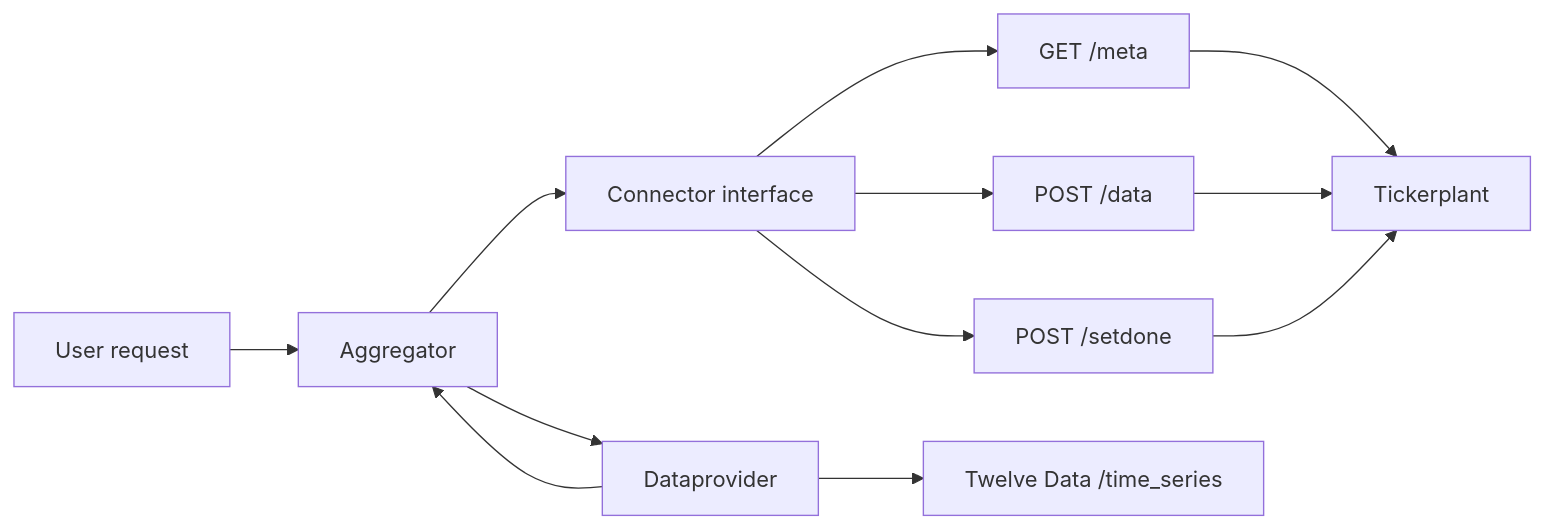
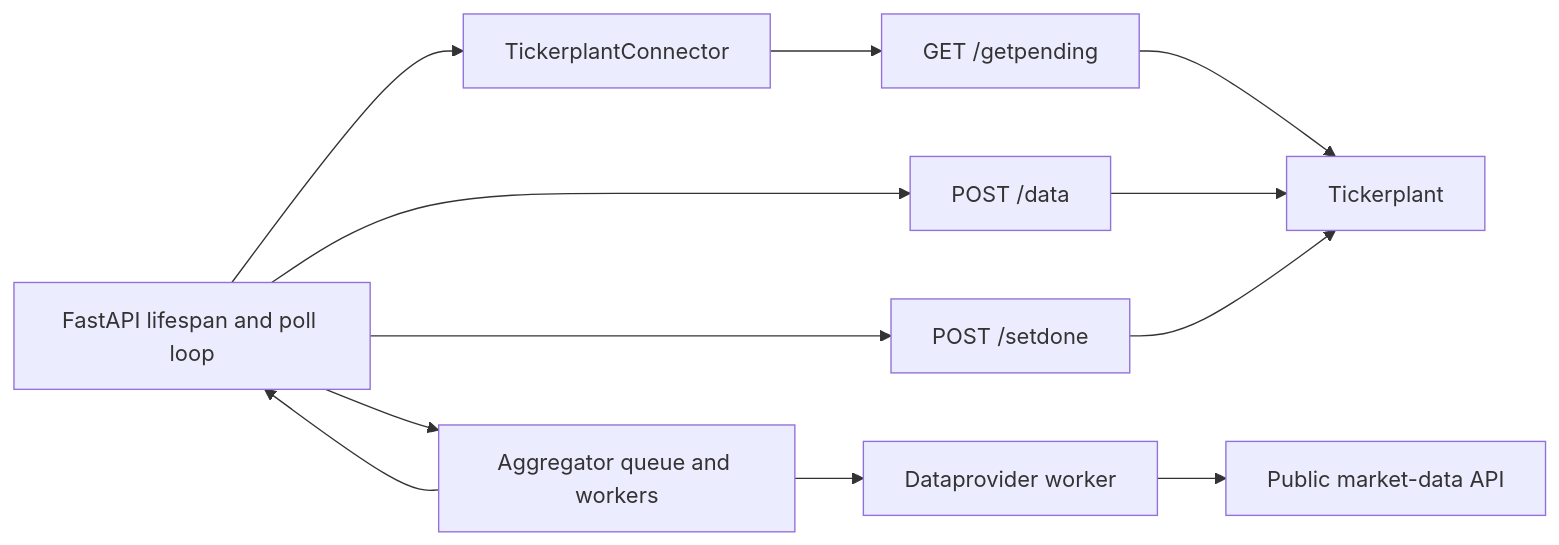
One commit to VictorIonescuRazvan/trading changed the diagram in dataprovider/context/ARCHITECTURE.md. Above: the diagram before and after it, drawn with Mermaid. The commit also changed other lines of this file and 15 other files, not shown here.

Commit message:
wip dataprovider and tickerplant

````diff
--- a/dataprovider/context/ARCHITECTURE.md
+++ b/dataprovider/context/ARCHITECTURE.md
@@ -9,14 +17,14 @@
 ```mermaid
 flowchart LR
-    User[User request] --> Aggregator[Aggregator]
-    Aggregator --> Connector[Connector interface]
-    Connector --> Metadata[GET /meta]
-    Metadata --> Tickerplant[Tickerplant]
-    Aggregator --> Provider[Dataprovider]
-    Provider --> Twelve[Twelve Data /time_series]
-    Provider --> Aggregator
-    Connector --> Insert[POST /data]
-    Connector --> Done[POST /setdone]
-    Insert --> Tickerplant
+    App[FastAPI lifespan and poll loop] --> Connector[TickerplantConnector]
+    Connector --> Pending[GET /getpending]
+    Pending --> Tickerplant[Tickerplant]
+    App --> Aggregator[Aggregator queue and workers]
+    Aggregator --> Provider[Dataprovider worker]
+    Provider --> PublicAPI[Public market-data API]
+    Aggregator --> App
+    App --> Push[POST /data]
+    Push --> Tickerplant
+    App --> Done[POST /setdone]
     Done --> Tickerplant
 ```
````
